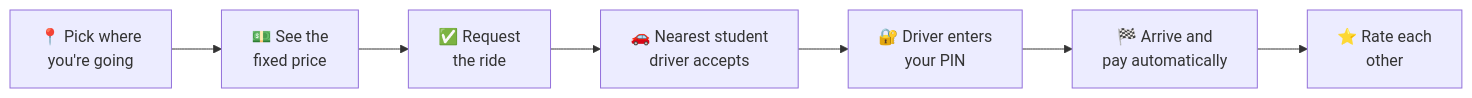
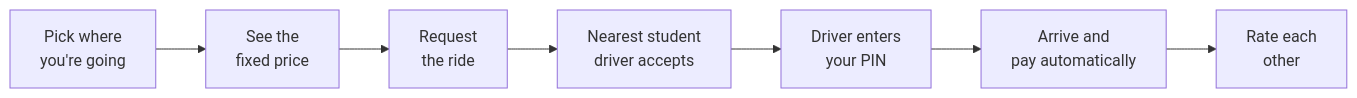
One commit to TanayDesai-1510/unihop changed the diagram in README.md. Above: the diagram before and after it, drawn with Mermaid. The commit also changed other lines of this file, not shown here.

````diff
--- a/README.md
+++ b/README.md
@@ -37,9 +37,9 @@
 ```mermaid
 flowchart LR
-    A["📍 Pick where<br/>you're going"] --> B["💵 See the<br/>fixed price"]
-    B --> C["✅ Request<br/>the ride"]
-    C --> D["🚗 Nearest student<br/>driver accepts"]
-    D --> E["🔐 Driver enters<br/>your PIN"]
-    E --> F["🏁 Arrive and<br/>pay automatically"]
-    F --> G["⭐ Rate each<br/>other"]
+    A["Pick where<br/>you're going"] --> B["See the<br/>fixed price"]
+    B --> C["Request<br/>the ride"]
+    C --> D["Nearest student<br/>driver accepts"]
+    D --> E["Driver enters<br/>your PIN"]
+    E --> F["Arrive and<br/>pay automatically"]
+    F --> G["Rate each<br/>other"]
 ```
````
